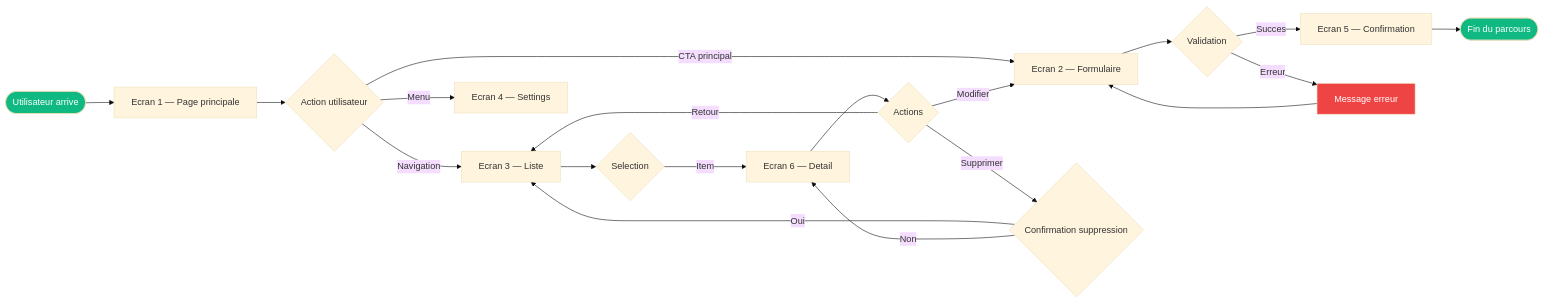
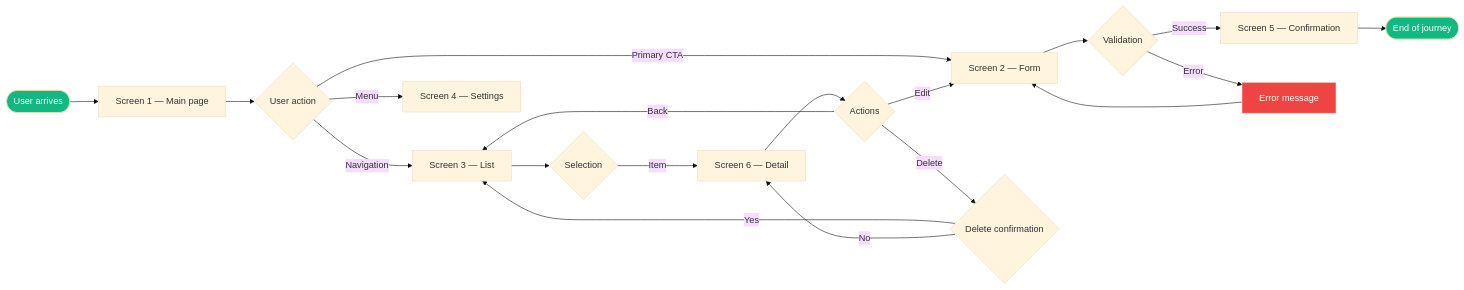
Before and after one commit to cedricwaxwing/Design-Os: the diagram in 01_Product/03 User Journeys/_template-flow.md, drawn with Mermaid (base theme). The commit also changed other lines of this file and 16 other files, not shown here.

````diff
--- a/01_Product/03 User Journeys/_template-flow.md
+++ b/01_Product/03 User Journeys/_template-flow.md
@@ -13,28 +13,28 @@
 ```mermaid
 flowchart LR
-    Start([Utilisateur arrive]) --> A[Ecran 1 — Page principale]
-    A --> B{Action utilisateur}
-    B -->|CTA principal| C[Ecran 2 — Formulaire]
-    B -->|Navigation| D[Ecran 3 — Liste]
-    B -->|Menu| E[Ecran 4 — Settings]
+    Start([User arrives]) --> A[Screen 1 — Main page]
+    A --> B{User action}
+    B -->|Primary CTA| C[Screen 2 — Form]
+    B -->|Navigation| D[Screen 3 — List]
+    B -->|Menu| E[Screen 4 — Settings]
 
     C --> F{Validation}
-    F -->|Succes| G[Ecran 5 — Confirmation]
-    F -->|Erreur| H[Message erreur]
+    F -->|Success| G[Screen 5 — Confirmation]
+    F -->|Error| H[Error message]
     H --> C
 
     D --> I{Selection}
-    I -->|Item| J[Ecran 6 — Detail]
+    I -->|Item| J[Screen 6 — Detail]
     J --> K{Actions}
-    K -->|Modifier| C
-    K -->|Supprimer| L{Confirmation suppression}
-    L -->|Oui| D
-    L -->|Non| J
-    K -->|Retour| D
+    K -->|Edit| C
+    K -->|Delete| L{Delete confirmation}
+    L -->|Yes| D
+    L -->|No| J
+    K -->|Back| D
 
-    G --> End([Fin du parcours])
+    G --> End([End of journey])
 
     style Start fill:#10B981,color:#fff
     style End fill:#10B981,color:#fff
     style H fill:#EF4444,color:#fff
 ```
````
